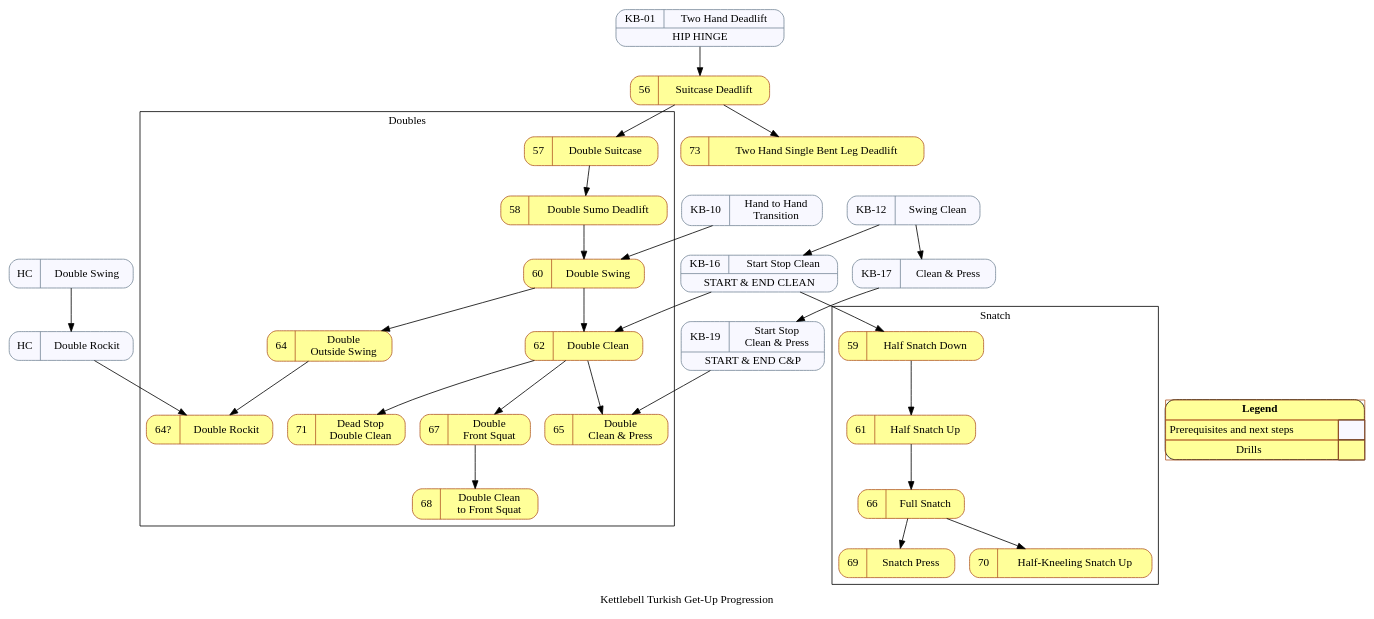
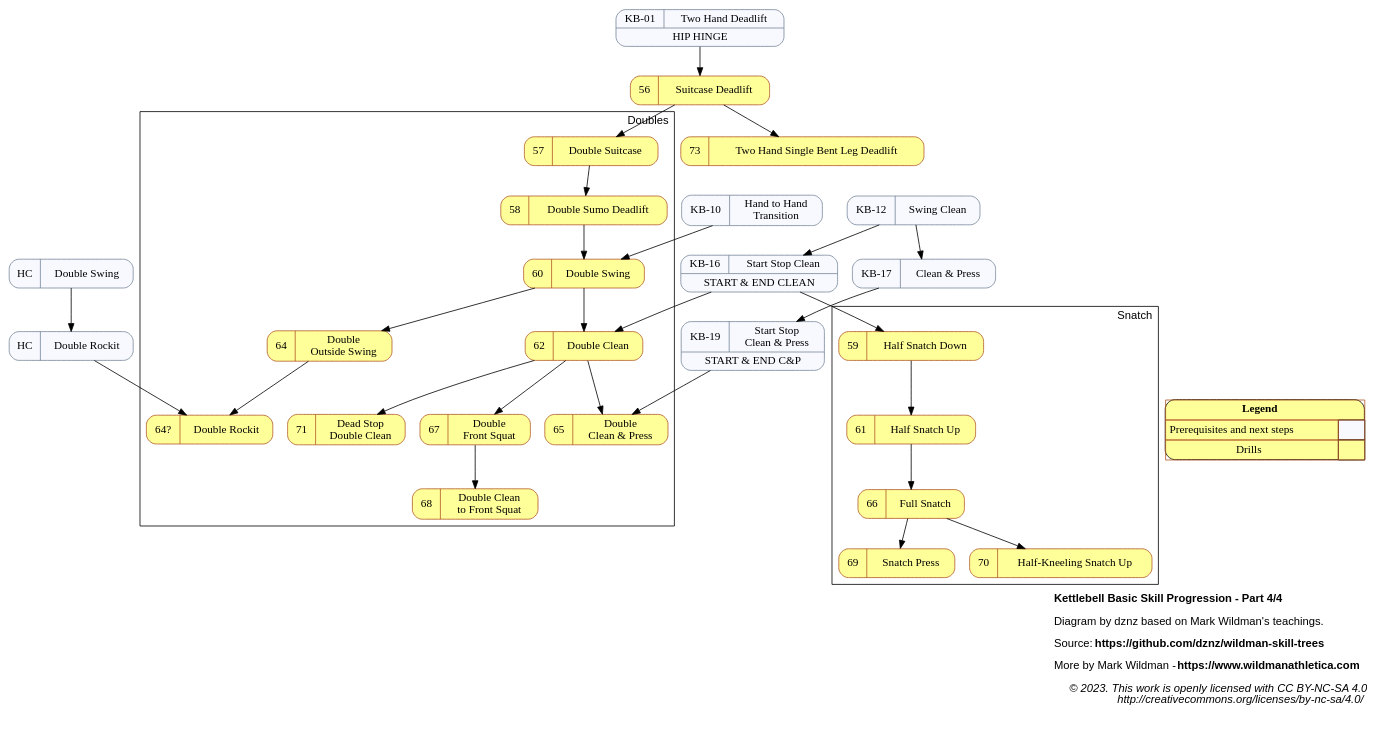
One commit to dznz/wildman-skill-trees changed the diagram in src/kb/kb_progression_4.gv. Above: the diagram before and after it, drawn with Graphviz. The commit also changed 9 other files, not shown here.

```diff
--- a/src/kb/kb_progression_4.gv
+++ b/src/kb/kb_progression_4.gv
@@ -1,103 +1,112 @@
 digraph kb_progression {
-  // Kettlebell Turkish Get-Up Progression Diagram © 2023
-  // by dznz using knowledge from Mark Wildman is licensed
-  // under CC BY-NC-SA 4.0 
-  // http://creativecommons.org/licenses/by-nc-sa/4.0/
-  label="Kettlebell Turkish Get-Up Progression"
+
+  label=<
+<B>Kettlebell Basic Skill Progression - Part 4/4</B><BR ALIGN="LEFT"/><BR ALIGN="LEFT"/>
+Diagram by dznz based on Mark Wildman's teachings.<BR ALIGN="LEFT"/><BR ALIGN="LEFT"/>
+Source: <B>https://github.com/dznz/wildman-skill-trees</B><BR ALIGN="LEFT"/><BR ALIGN="LEFT"/>
+More by Mark Wildman - <B>https://www.wildmanathletica.com</B><BR ALIGN="LEFT"/><BR ALIGN="LEFT"/>
+<I>
+© 2023. This work is openly licensed with CC BY-NC-SA 4.0<BR ALIGN="RIGHT"/>
+http://creativecommons.org/licenses/by-nc-sa/4.0/<BR ALIGN="RIGHT"/>
+</I>
+  >
+  graph [labeljust=r]
+  graph [fontname="Helvetica,Arial,sans-serif"]
+
   node [colorscheme="paired12"]
   node [shape=record]
   node [style="rounded,filled"]
   node [color=12, fillcolor=11]
 
   subgraph pre {
     node [color=lightslategrey, fillcolor=ghostwhite]
     ext_hc_dblswing    [label="{{HC|Double Swing}}"]
     ext_hc_dblrockit   [label="{{HC|Double Rockit}}"]
     
     mov_deadlift       [label="{{KB-01|Two Hand Deadlift}|HIP HINGE}"               URL="https://www.youtube.com/watch?v=x0XkmM34BPI&list=PLk4oYPJ7TXKhX8YqA2AVrfgs_pEF6p7KA&index=1"];
     mov_h2h            [label="{{KB-10|Hand to Hand\nTransition}}"                  URL="https://www.youtube.com/watch?v=0Uk0Rdm3QFs&list=PLk4oYPJ7TXKhX8YqA2AVrfgs_pEF6p7KA&index=10"]
     mov_clean          [label="KB-12|Swing Clean"                                   URL="https://www.youtube.com/watch?v=_nIsSXWs5iU&list=PLk4oYPJ7TXKhX8YqA2AVrfgs_pEF6p7KA&index=12"]
     mov_startstopclean [label="{{KB-16|Start Stop Clean}|START & END CLEAN}"        URL="https://www.youtube.com/watch?v=XbK3jxI0WNQ&list=PLk4oYPJ7TXKhX8YqA2AVrfgs_pEF6p7KA&index=16"]
     mov_cap            [label="KB-17|Clean & Press"                                 URL="https://www.youtube.com/watch?v=SSxB3m5qRas&list=PLk4oYPJ7TXKhX8YqA2AVrfgs_pEF6p7KA&index=17"]
     mov_startstopcap   [label="{{KB-19|Start Stop\nClean & Press}|START & END C&P}" URL="https://www.youtube.com/watch?v=dSj3kqbuois&list=PLk4oYPJ7TXKhX8YqA2AVrfgs_pEF6p7KA&index=19"]
 
   }
 
   mov_suitcasedl         [label="{{56|Suitcase Deadlift}}"                               URL="https://www.youtube.com/watch?v=d6i6MwVOmk0&list=PLk4oYPJ7TXKhX8YqA2AVrfgs_pEF6p7KA&index=58"];
   mov_dblsuitcase        [label="{{57|Double Suitcase}}"                                 URL="https://www.youtube.com/watch?v=4PSOSrDcGfc&list=PLk4oYPJ7TXKhX8YqA2AVrfgs_pEF6p7KA&index=59"];
   mov_dblsumodl          [label="{{58|Double Sumo Deadlift}}"                            URL="https://www.youtube.com/watch?v=gdutIla6nMw"];
   mov_halfsnatchdown     [label="{{59|Half Snatch Down}}"                                URL="https://www.youtube.com/watch?v=u2NbMtX_Rb0&list=PLk4oYPJ7TXKhX8YqA2AVrfgs_pEF6p7KA&index=60"];
   mov_dblswing           [label="{{60|Double Swing}}"                                    URL="https://www.youtube.com/watch?v=P5IFTJySA_s&list=PLk4oYPJ7TXKhX8YqA2AVrfgs_pEF6p7KA&index=61"];
   mov_halfsnatchup       [label="{{61|Half Snatch Up}}"                                  URL="https://www.youtube.com/watch?v=3HEmUyLYjjc"];
   mov_dblclean           [label="{{62|Double Clean}}"                                    URL="https://www.youtube.com/watch?v=Qe9ejhAtdGY&list=PLk4oYPJ7TXKhX8YqA2AVrfgs_pEF6p7KA&index=62"];
   //63?
   mov_dbloutswing        [label="{{64|Double\nOutside Swing}}"             URL="https://www.youtube.com/watch?v=yr_fRgGevsE"];
   mov_dblrockit          [label="{{64?|Double Rockit}}"                    URL="https://www.youtube.com/watch?v=zXB6hFrrBkA&list=PLk4oYPJ7TXKhX8YqA2AVrfgs_pEF6p7KA&index=63"];
   mov_dblcap             [label="{{65|Double\nClean & Press}}"             URL="https://www.youtube.com/watch?v=RizGV8ef--s"];
   mov_snatch             [label="{{66|Full Snatch}}"                       URL="https://www.youtube.com/watch?v=f-zkPiAlpQw&list=PLk4oYPJ7TXKhX8YqA2AVrfgs_pEF6p7KA&index=65"];
   mov_dblsquat           [label="{{67|Double\nFront Squat}}"               URL="https://www.youtube.com/watch?v=dX5yXJa5Dm0&list=PLk4oYPJ7TXKhX8YqA2AVrfgs_pEF6p7KA&index=66"];
   mov_dblclean2squat     [label="{{68|Double Clean\nto Front Squat}}"      URL="https://www.youtube.com/watch?v=R3s6Wb_ApHM"];
   mov_snatchpress        [label="{{69|Snatch Press}}"                      URL="https://www.youtube.com/watch?v=IzFPa_Q1yHM&list=PLk4oYPJ7TXKhX8YqA2AVrfgs_pEF6p7KA&index=67"];
   mov_kneelsnatchup      [label="{{70|Half-Kneeling Snatch Up}}"           URL="https://www.youtube.com/watch?v=1_UrK5SopL4"];
   mov_deaddblclean       [label="{{71|Dead Stop\nDouble Clean}}"           URL="https://www.youtube.com/watch?v=22bKQqMqAQY"];
   // 72|Deck Squat is in part 3
   mov_2hsbldl            [label="{{73|Two Hand Single Bent Leg Deadlift}}" URL="https://www.youtube.com/watch?v=-RD1qqe7P8M"];
 
   // Precursor dependencies
   ext_hc_dblswing -> ext_hc_dblrockit;
   ext_hc_dblrockit -> mov_dblrockit;
   mov_h2h -> mov_dblswing;
   
   mov_clean -> mov_startstopclean;
   mov_clean -> mov_cap;
   mov_cap -> mov_startstopcap;
   
   mov_startstopclean -> mov_dblclean;
   mov_startstopclean -> mov_halfsnatchdown;
   mov_startstopcap -> mov_dblcap;
   mov_deadlift -> mov_suitcasedl;
 
 
   // Ungrouped drills
   mov_suitcasedl -> mov_dblsuitcase;
   mov_suitcasedl -> mov_2hsbldl;
 
   subgraph cluster_double {
     label="Doubles"
     mov_dbloutswing -> mov_dblrockit
     mov_dblsuitcase -> mov_dblsumodl;
     mov_dblswing -> mov_dblclean;
     mov_dblclean -> mov_dblcap;
     mov_dblclean -> mov_dblsquat;
     mov_dblsquat -> mov_dblclean2squat;
     mov_dblclean -> mov_deaddblclean;
     mov_dblsumodl -> mov_dblswing;
     mov_dblswing -> mov_dbloutswing;
   }
 
   subgraph cluster_snatch {
     label="Snatch"
     mov_halfsnatchdown -> mov_halfsnatchup -> mov_snatch;
     mov_snatch -> mov_snatchpress;
     mov_snatch -> mov_kneelsnatchup;
   }
   
 
   { rank = sink;
     Legend [shape=none, margin=0, label=<
     <TABLE BORDER="0" CELLBORDER="1" CELLSPACING="0" CELLPADDING="4">
      <TR>
       <TD COLSPAN="2"><B>Legend</B></TD>
      </TR>
      <TR>
       <TD>Prerequisites and next steps</TD>
       <TD BGCOLOR="ghostwhite">&nbsp;&nbsp;&nbsp;&nbsp;&nbsp;</TD>
      </TR>
      <TR>
       <TD>Drills</TD>
       <TD BGCOLOR="11"></TD>
      </TR>
     </TABLE>
    >];
   }
 }
```
